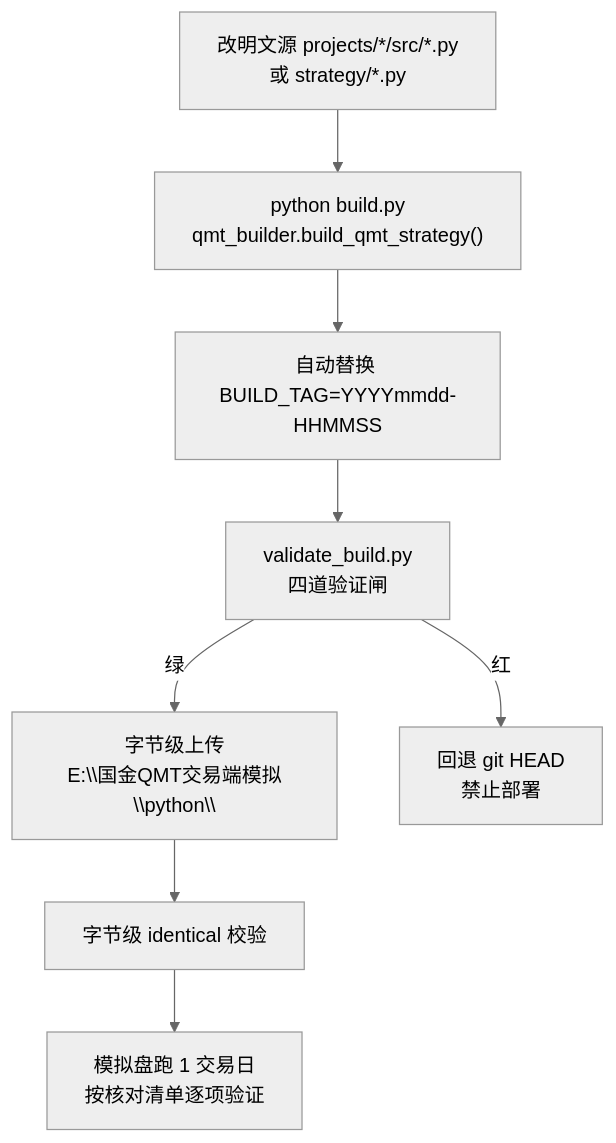
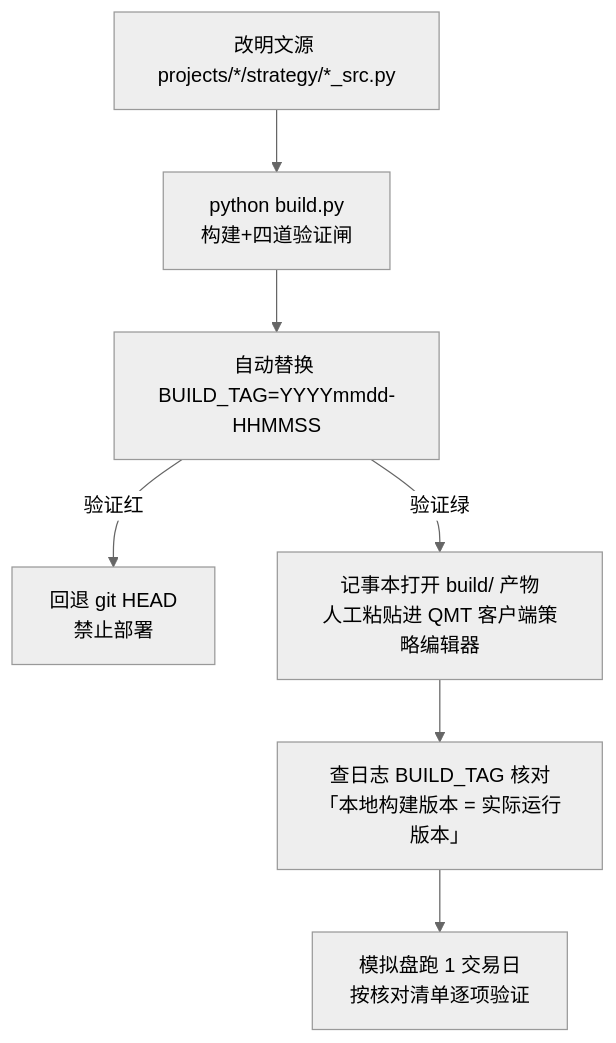
One commit to defliu/QuantLab changed the first of 2 diagrams in .qoder/repowiki/zh/content/部署与运维/环境搭建与部署配置.md. Above: the diagram before and after it, drawn with Mermaid (neutral theme). The commit also changed other lines of this file and 51 other files, not shown here.

````diff
--- a/.qoder/repowiki/zh/content/部署与运维/环境搭建与部署配置.md
+++ b/.qoder/repowiki/zh/content/部署与运维/环境搭建与部署配置.md
@@ -104,10 +105,9 @@
 ```mermaid
 flowchart TD
-    S["改明文源 projects/*/src/*.py<br/>或 strategy/*.py"] --> B["python build.py<br/>qmt_builder.build_qmt_strategy()"]
+    S["改明文源 projects/*/strategy/*_src.py"] --> B["python build.py<br/>构建+四道验证闸"]
     B --> T["自动替换 BUILD_TAG=YYYYmmdd-HHMMSS"]
-    T --> V["validate_build.py<br/>四道验证闸"]
-    V -->|绿| U["字节级上传<br/>E:\\国金QMT交易端模拟\\python\\"]
-    V -->|红| Back["回退 git HEAD<br/>禁止部署"]
-    U --> C["字节级 identical 校验"]
-    C --> R["模拟盘跑 1 交易日<br/>按核对清单逐项验证"]
+    T -->|验证红| Back["回退 git HEAD<br/>禁止部署"]
+    T -->|验证绿| P["记事本打开 build/ 产物<br/>人工粘贴进 QMT 客户端策略编辑器"]
+    P --> R["查日志 BUILD_TAG 核对<br/>「本地构建版本 = 实际运行版本」"]
+    R --> S2["模拟盘跑 1 交易日<br/>按核对清单逐项验证"]
 ```
````
